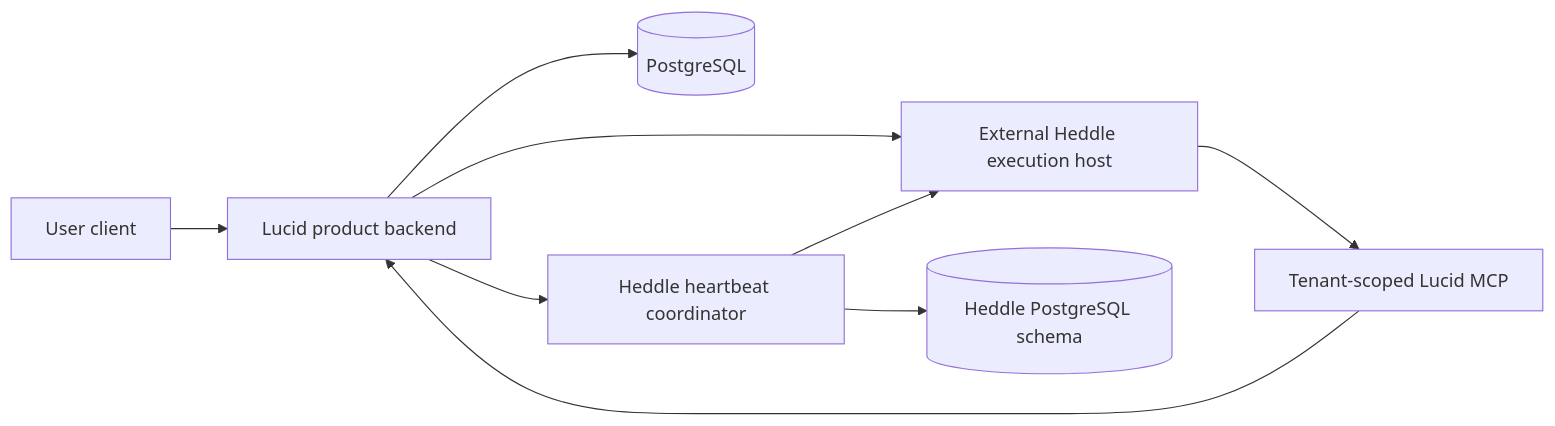
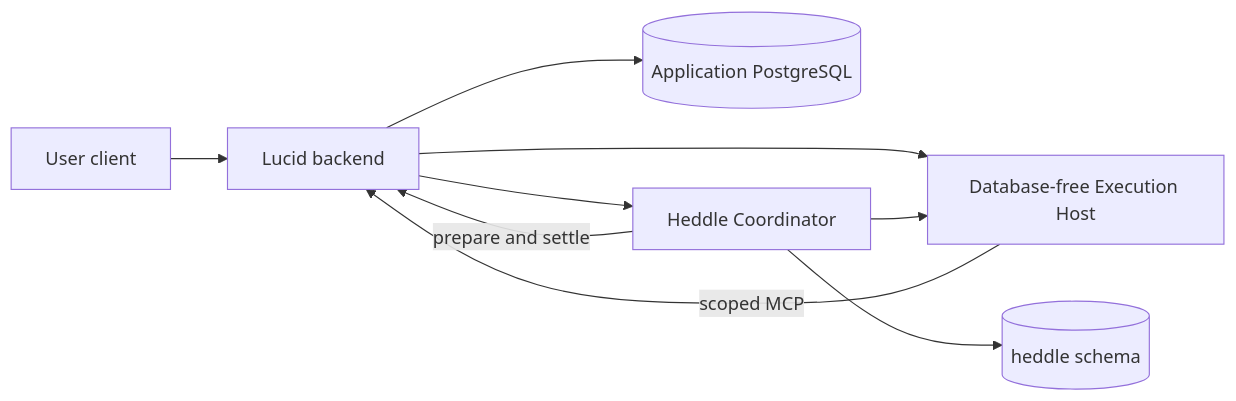
One commit to roackb2/lucid changed the diagram in docs/hosted-execution.md. Above: the diagram before and after it, drawn with Mermaid. The commit also changed other lines of this file and 36 other files, not shown here.

Commit message:
feat: bind hosted execution to Lucid agent work

````diff
--- a/docs/hosted-execution.md
+++ b/docs/hosted-execution.md
@@ -101,11 +89,11 @@
 ```mermaid
 flowchart LR
-  Client["User client"] --> Backend["Lucid product backend"]
-  Backend --> Database[("PostgreSQL")]
-  Backend --> Runtime["External Heddle execution host"]
-  Backend --> Coordinator["Heddle heartbeat coordinator"]
-  Coordinator --> HeddleDb[("Heddle PostgreSQL schema")]
+  Client[User client] --> Lucid[Lucid backend]
+  Lucid --> AppDb[(Application PostgreSQL)]
+  Lucid --> Runtime[Database-free Execution Host]
+  Lucid --> Coordinator[Heddle Coordinator]
+  Coordinator --> HeddleSchema[(heddle schema)]
   Coordinator --> Runtime
-  Runtime --> MCP["Tenant-scoped Lucid MCP"]
-  MCP --> Backend
+  Coordinator -->|prepare and settle| Lucid
+  Runtime -->|scoped MCP| Lucid
 ```
````
